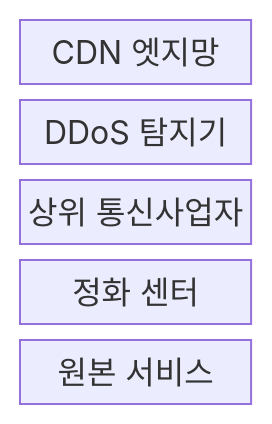
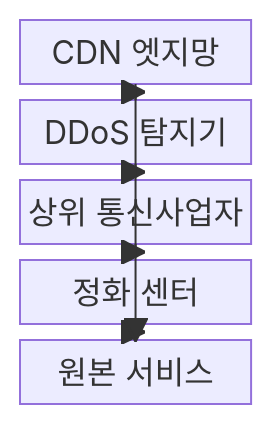
One commit to agnusdei1207/knowledge-base changed the first of 2 diagrams in src/content/docs/notes/04-network/087_ddos_attack_mitigation.md. Above: the diagram before and after it, drawn with Mermaid. The commit also changed other lines of this file and 20 other files, not shown here.

````diff
--- a/src/content/docs/notes/04-network/087_ddos_attack_mitigation.md
+++ b/src/content/docs/notes/04-network/087_ddos_attack_mitigation.md
@@ -53,9 +58,14 @@
 ```mermaid
 block-beta
     columns 1
     EDGE["CDN 엣지망"]
     DETECTOR["DDoS 탐지기"]
     CARRIER["상위 통신사업자"]
     SCRUB["정화 센터"]
     ORIGIN["원본 서비스"]
+    DETECTOR --> EDGE
+    DETECTOR --> CARRIER
+    CARRIER --> SCRUB
+    SCRUB --> ORIGIN
+    EDGE --> ORIGIN
 ```
````
